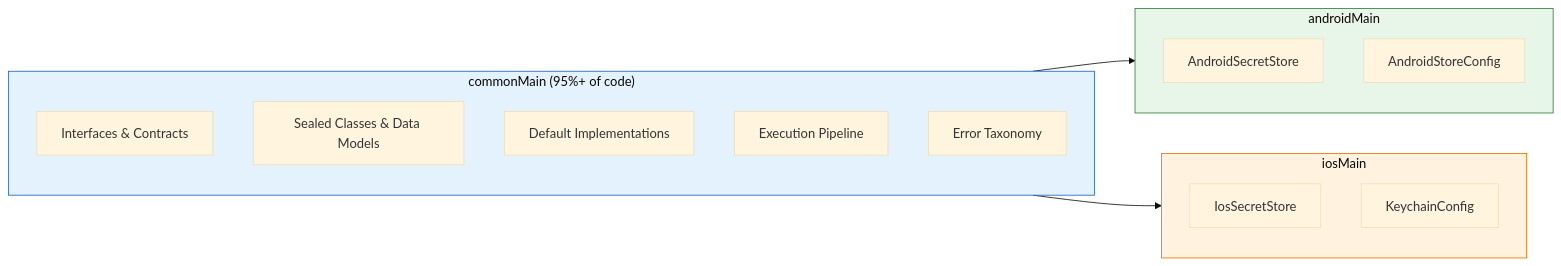
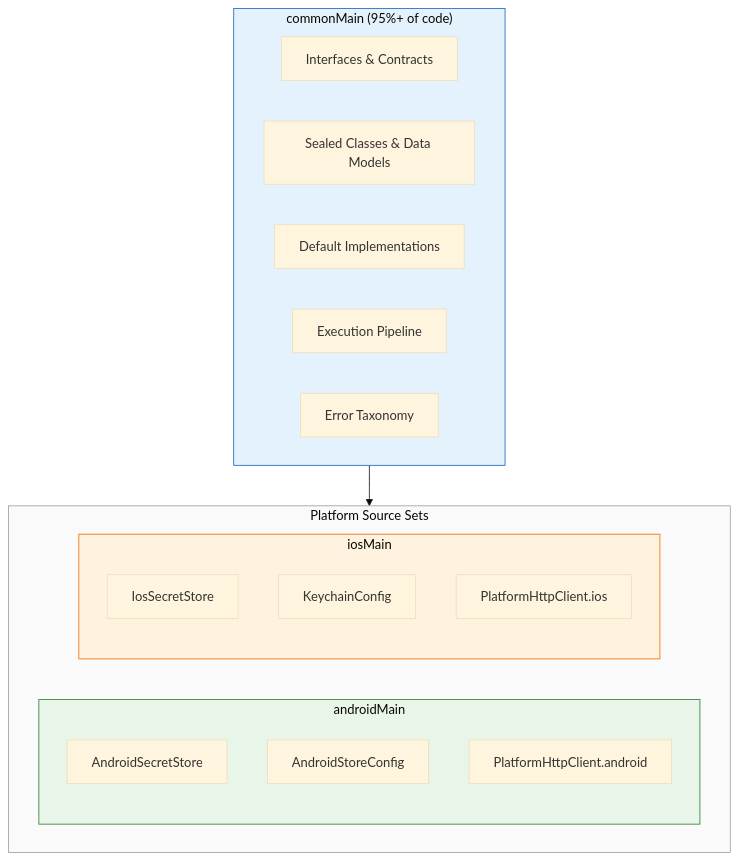
Before and after one commit to DanCrRdz93/core-data-platform: the third of 4 diagrams in README.md, drawn with Mermaid (base theme). The commit also changed other lines of this file and 8 other files, not shown here.

Commit message:
update diagrams

````diff
--- a/README.md
+++ b/README.md
@@ -856,27 +882,33 @@
 ```mermaid
-graph LR
+graph TD
     subgraph commonMain["commonMain (95%+ of code)"]
+        direction LR
         A[Interfaces & Contracts]
         B[Sealed Classes & Data Models]
         C[Default Implementations]
         D[Execution Pipeline]
         E[Error Taxonomy]
     end
 
-    subgraph androidMain["androidMain"]
-        F[AndroidSecretStore]
-        G[AndroidStoreConfig]
+    subgraph platformSets["Platform Source Sets"]
+        direction LR
+        subgraph androidMain["androidMain"]
+            F[AndroidSecretStore]
+            G[AndroidStoreConfig]
+            H[PlatformHttpClient.android]
+        end
+
+        subgraph iosMain["iosMain"]
+            I[IosSecretStore]
+            J[KeychainConfig]
+            K[PlatformHttpClient.ios]
+        end
     end
 
-    subgraph iosMain["iosMain"]
-        H[IosSecretStore]
-        I[KeychainConfig]
-    end
-
-    commonMain --> androidMain
-    commonMain --> iosMain
+    commonMain --> platformSets
 
     style commonMain fill:#e3f2fd,stroke:#1565c0
+    style platformSets fill:#fafafa,stroke:#9e9e9e
     style androidMain fill:#e8f5e9,stroke:#2e7d32
     style iosMain fill:#fff3e0,stroke:#ef6c00
 ```
````
